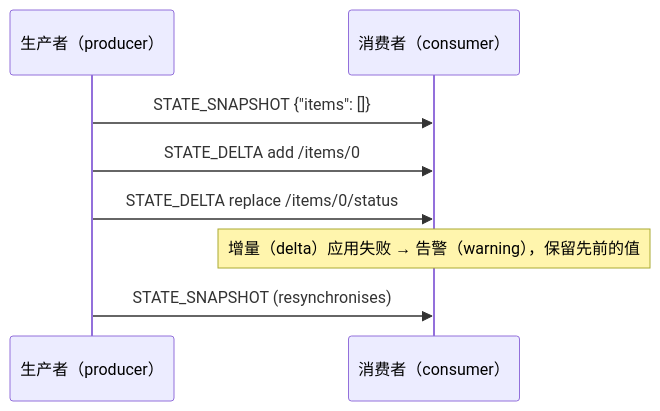
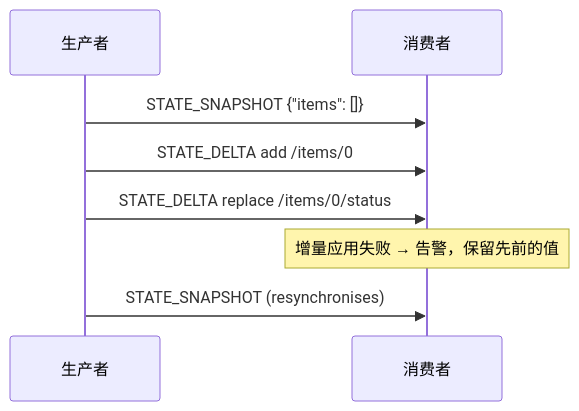
Before and after one commit to JilongSun/ag-ui-docs-zh: the diagram in content/zh/spec/1.0/basic/patterns/snapshots.md, drawn with Mermaid. The commit also changed other lines of this file and 46 other files, not shown here.

````diff
--- a/content/zh/spec/1.0/basic/patterns/snapshots.md
+++ b/content/zh/spec/1.0/basic/patterns/snapshots.md
@@ -36,11 +36,11 @@
 ```mermaid
 sequenceDiagram
-    participant Producer as 生产者（producer）
-    participant Consumer as 消费者（consumer）
+    participant Producer as 生产者
+    participant Consumer as 消费者
 
     Producer->>Consumer: STATE_SNAPSHOT {"items": []}
     Producer->>Consumer: STATE_DELTA add /items/0
     Producer->>Consumer: STATE_DELTA replace /items/0/status
-    Note over Consumer: 增量（delta）应用失败 → 告警（warning），保留先前的值
+    Note over Consumer: 增量应用失败 → 告警，保留先前的值
     Producer->>Consumer: STATE_SNAPSHOT (resynchronises)
 ```
````
